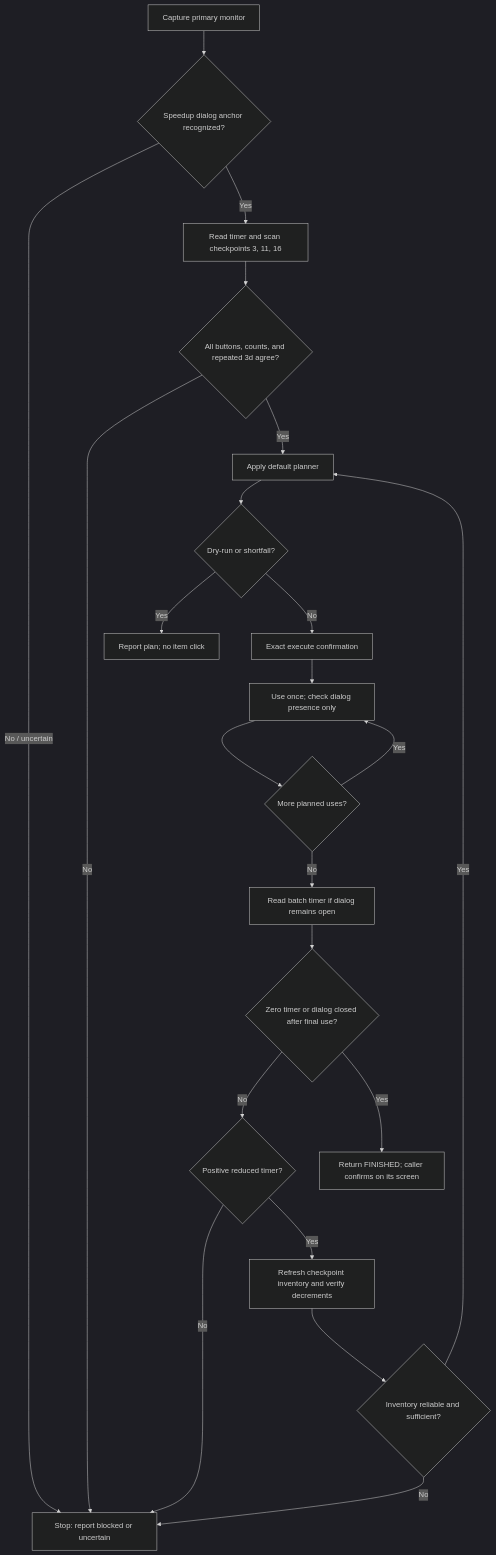
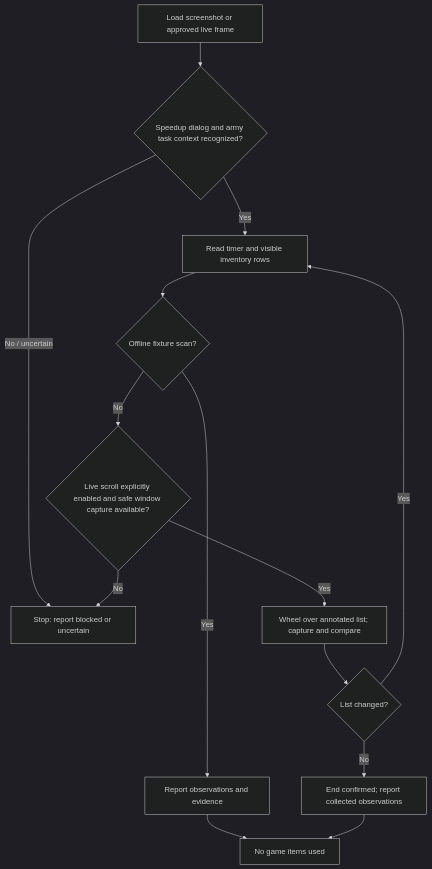
Before and after one commit to zaratedaniela692-rgb/tba_km: the third of 3 diagrams in docs/game/speedup_module_workflow.md, drawn with Mermaid (dark theme). The commit also changed other lines of this file and 45 other files, not shown here.

````diff
--- a/docs/game/speedup_module_workflow.md
+++ b/docs/game/speedup_module_workflow.md
@@ -305,24 +253,16 @@
 ```mermaid
 flowchart TD
-    A[Capture primary monitor] --> B{Speedup dialog anchor recognized?}
+    A[Load screenshot or approved live frame] --> B{Speedup dialog and army task context recognized?}
     B -- No / uncertain --> X[Stop: report blocked or uncertain]
-    B -- Yes --> C[Read timer and scan checkpoints 3, 11, 16]
-    C --> D{All buttons, counts, and repeated 3d agree?}
-    D -- No --> X
-    D -- Yes --> E[Apply default planner]
-    E --> F{Dry-run or shortfall?}
-    F -- Yes --> G[Report plan; no item click]
-    F -- No --> H[Exact execute confirmation]
-    H --> I[Use once; check dialog presence only]
-    I --> J{More planned uses?}
-    J -- Yes --> I
-    J -- No --> K[Read batch timer if dialog remains open]
-    K --> L{Zero timer or dialog closed after final use?}
-    L -- No --> N{Positive reduced timer?}
-    N -- No --> X
-    N -- Yes --> O[Refresh checkpoint inventory and verify decrements]
-    O --> P{Inventory reliable and sufficient?}
-    P -- No --> X
-    P -- Yes --> E
-    L -- Yes --> M[Return FINISHED; caller confirms on its screen]
+    B -- Yes --> C[Read timer and visible inventory rows]
+    C --> D{Offline fixture scan?}
+    D -- Yes --> G[Report observations and evidence]
+    D -- No --> E{Live scroll explicitly enabled and safe window capture available?}
+    E -- No --> X
+    E -- Yes --> F[Wheel over annotated list; capture and compare]
+    F --> H{List changed?}
+    H -- Yes --> C
+    H -- No --> I[End confirmed; report collected observations]
+    G --> J[No game items used]
+    I --> J
 ```
````
